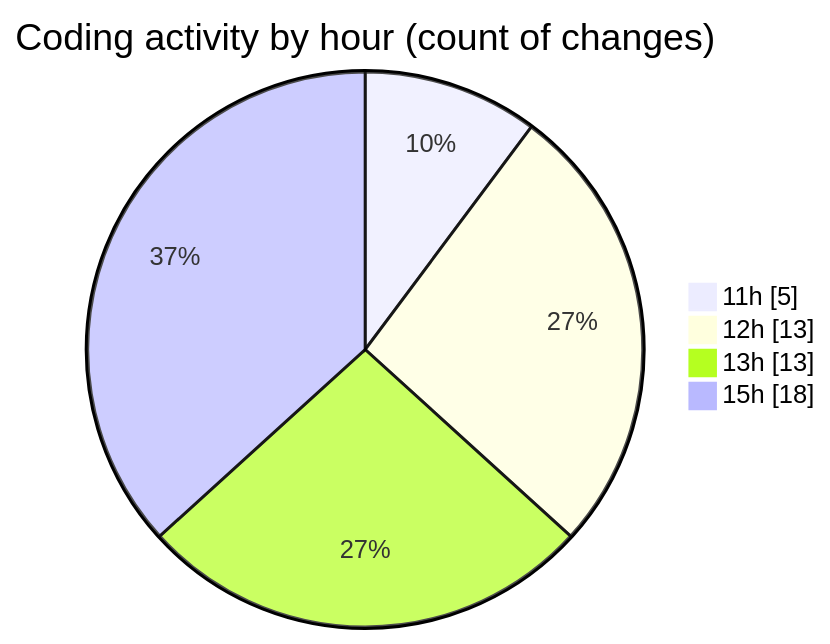
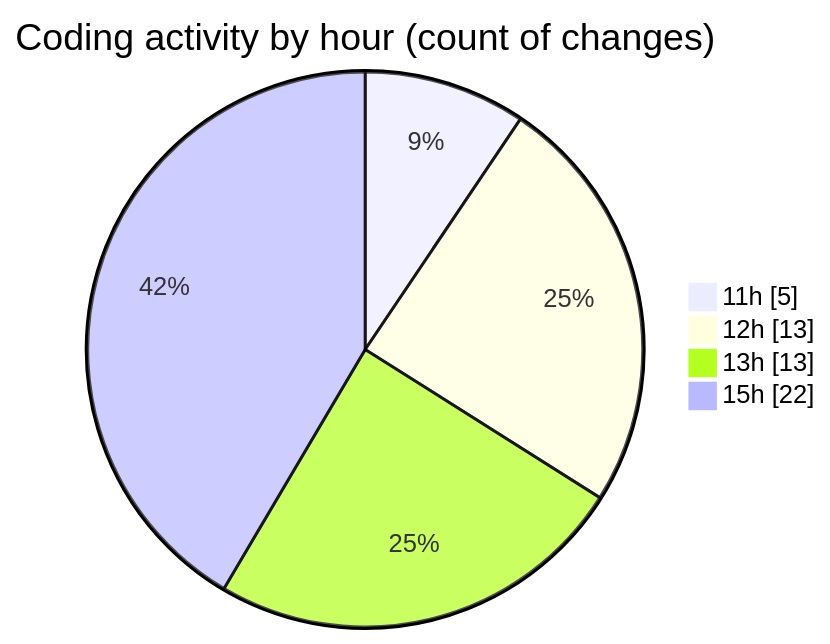
Before and after one commit to nxtqubesakshisongat/code-tracking: the second of 2 diagrams in 2025-08-06/nxtqube_webapp/README.md, drawn with Mermaid. The commit also changed other lines of this file and 1 other file, not shown here.

````diff
--- a/2025-08-06/nxtqube_webapp/README.md
+++ b/2025-08-06/nxtqube_webapp/README.md
@@ -39,8 +39,8 @@
 ```mermaid
 pie showData
 title Coding activity by hour (count of changes)
 "11h" : 5
 "12h" : 13
 "13h" : 13
-"15h" : 18
+"15h" : 22
 ```
````
